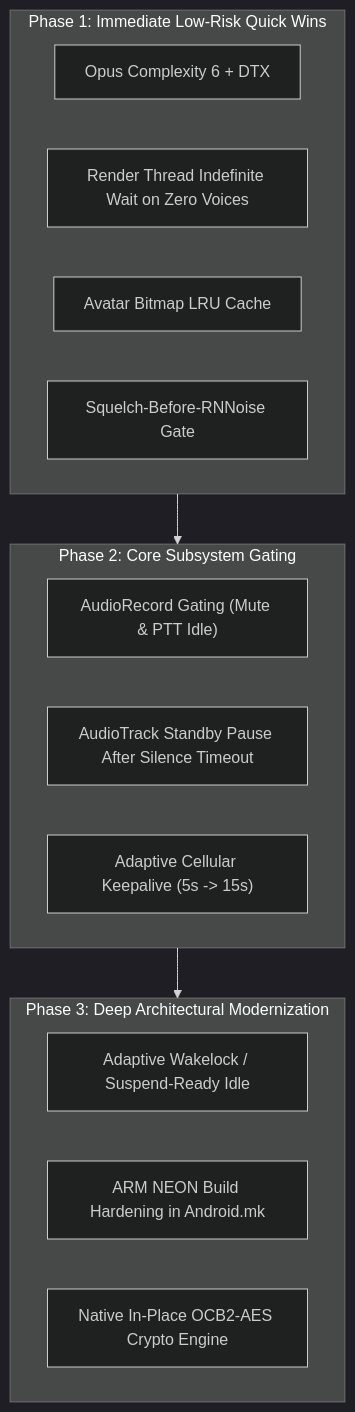
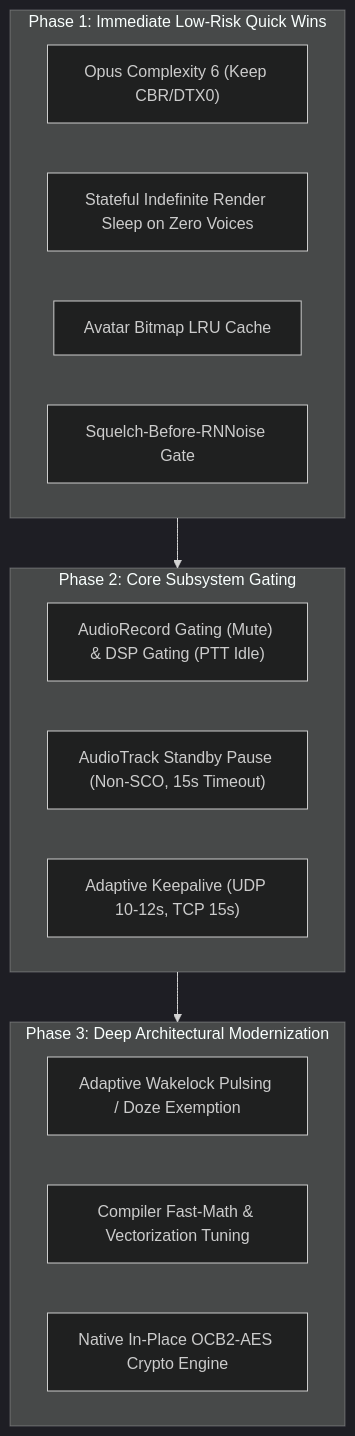
Before and after one commit to 360ied/mumla-oled: the third of 3 diagrams in docs/power-draw-optimizations/README.md, drawn with Mermaid (dark theme). The commit also changed other lines of this file, not shown here.

````diff
--- a/docs/power-draw-optimizations/README.md
+++ b/docs/power-draw-optimizations/README.md
@@ -421,24 +421,24 @@
 ```mermaid
 flowchart TD
     subgraph Phase1 ["Phase 1: Immediate Low-Risk Quick Wins"]
-        P1_Opus["Opus Complexity 6 + DTX"]
-        P1_RenderWait["Render Thread Indefinite Wait on Zero Voices"]
+        P1_Opus["Opus Complexity 6 (Keep CBR/DTX0)"]
+        P1_RenderWait["Stateful Indefinite Render Sleep on Zero Voices"]
         P1_AvatarCache["Avatar Bitmap LRU Cache"]
         P1_SquelchGate["Squelch-Before-RNNoise Gate"]
     end
 
     subgraph Phase2 ["Phase 2: Core Subsystem Gating"]
-        P2_CaptureGate["AudioRecord Gating (Mute & PTT Idle)"]
-        P2_AudioTrackPause["AudioTrack Standby Pause After Silence Timeout"]
-        P2_AdaptivePing["Adaptive Cellular Keepalive (5s -> 15s)"]
+        P2_CaptureGate["AudioRecord Gating (Mute) & DSP Gating (PTT Idle)"]
+        P2_AudioTrackPause["AudioTrack Standby Pause (Non-SCO, 15s Timeout)"]
+        P2_AdaptivePing["Adaptive Keepalive (UDP 10-12s, TCP 15s)"]
     end
 
     subgraph Phase3 ["Phase 3: Deep Architectural Modernization"]
-        P3_Wakelock["Adaptive Wakelock / Suspend-Ready Idle"]
-        P3_SIMD["ARM NEON Build Hardening in Android.mk"]
+        P3_Wakelock["Adaptive Wakelock Pulsing / Doze Exemption"]
+        P3_SIMD["Compiler Fast-Math & Vectorization Tuning"]
         P3_NativeCrypto["Native In-Place OCB2-AES Crypto Engine"]
     end
 
     Phase1 --> Phase2
     Phase2 --> Phase3
 ```
````
